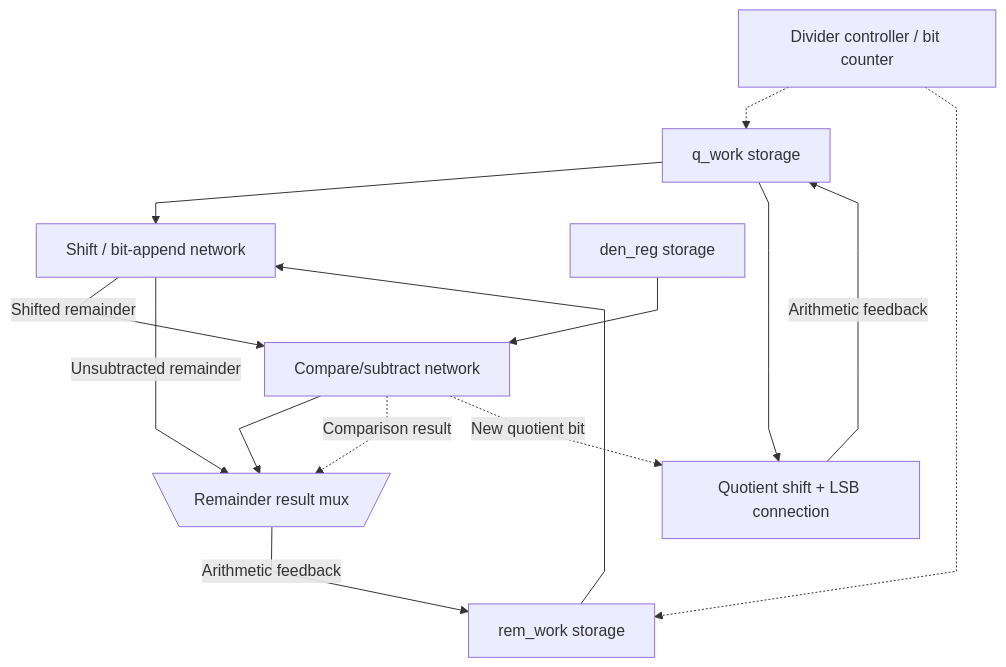
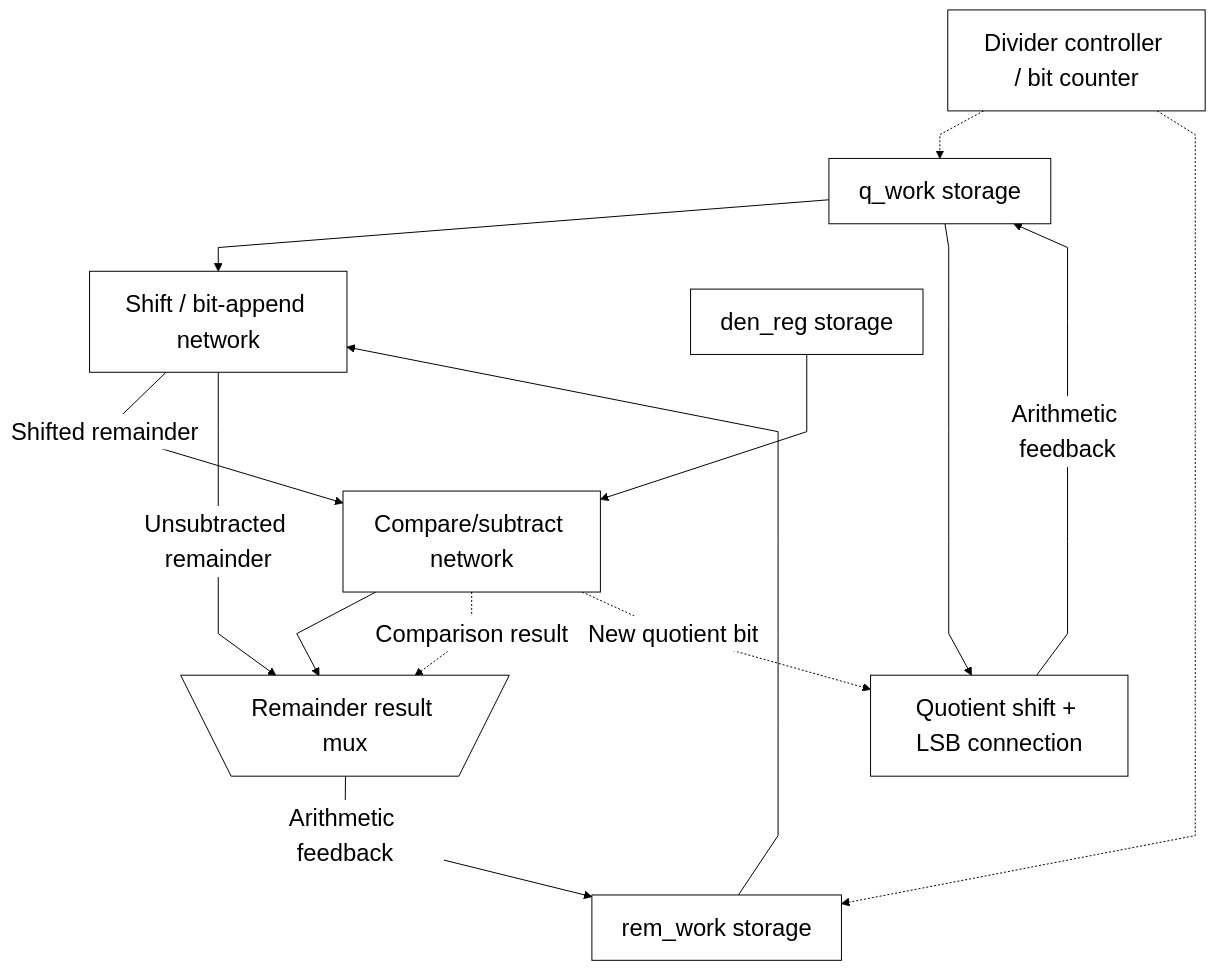
Before and after one commit to nguyennhutkhanhtom/NPU: the second of 2 diagrams in docs/source_guide/blocks/div.sv.md, drawn with Mermaid. The commit also changed other lines of this file and 102 other files, not shown here.

First line of the commit message:
docs: refresh guides and source-grounded RTL diagrams

````diff
--- a/docs/source_guide/blocks/div.sv.md
+++ b/docs/source_guide/blocks/div.sv.md
@@ -127,17 +129,19 @@
 ```mermaid
+%%{init: {"theme":"base","fontFamily":"Arial, sans-serif","themeVariables":{"fontSize":"24px","primaryColor":"#ffffff","primaryTextColor":"#000000","primaryBorderColor":"#000000","secondaryColor":"#ffffff","tertiaryColor":"#ffffff","lineColor":"#000000","textColor":"#000000","mainBkg":"#ffffff","nodeBorder":"#000000","clusterBkg":"#ffffff","clusterBorder":"#000000","edgeLabelBackground":"#ffffff"},"flowchart":{"htmlLabels":true,"useMaxWidth":false,"nodeSpacing":32,"rankSpacing":48,"curve":"linear","subGraphTitleMargin":{"top":16,"bottom":30}}}}%%
 flowchart TB
-%%{init: {"flowchart": {"subGraphTitleMargin": {"top": 8, "bottom": 20}, "nodeSpacing": 28, "rankSpacing": 42, "curve": "linear"}}}%%
-    Q["q_work storage"] --> SHIFT["Shift / bit-append network"]
+Q["q_work storage"] --> SHIFT["Shift / bit-append network"]
     R["rem_work storage"] --> SHIFT
     D["den_reg storage"] --> ALU["Compare/subtract network"]
     SHIFT -->|"Shifted remainder"| ALU
     ALU --> MUX@{ shape: trap-t, label: "Remainder result mux" }
     SHIFT -->|"Unsubtracted remainder"| MUX
     ALU -.->|"Comparison result"| MUX
     ALU -.->|"New quotient bit"| QNEXT["Quotient shift + LSB connection"]
     Q --> QNEXT
     MUX -->|"Arithmetic feedback"| R
     QNEXT -->|"Arithmetic feedback"| Q
     CTRL["Divider controller / bit counter"] -.-> Q
     CTRL -.-> R
+    classDef default fill:white,stroke:black,color:black,font-size:24px;
+    linkStyle default stroke:black,color:black;
 ```
````
